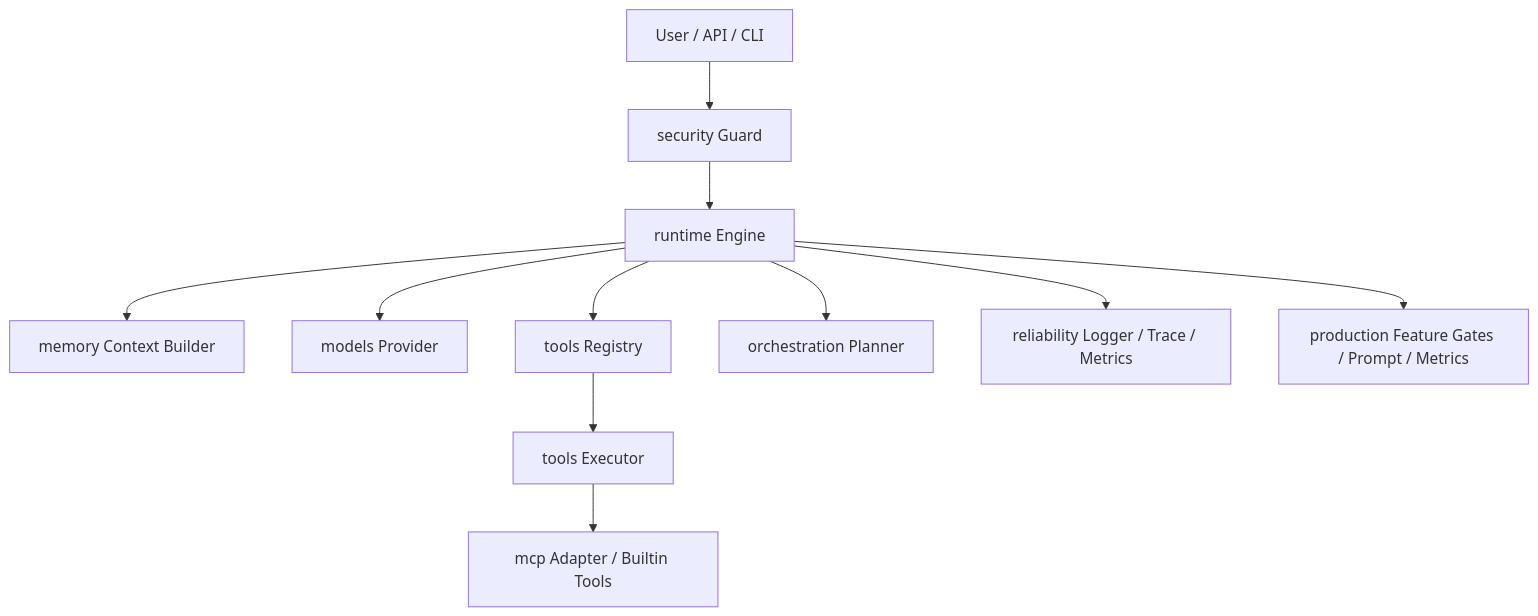
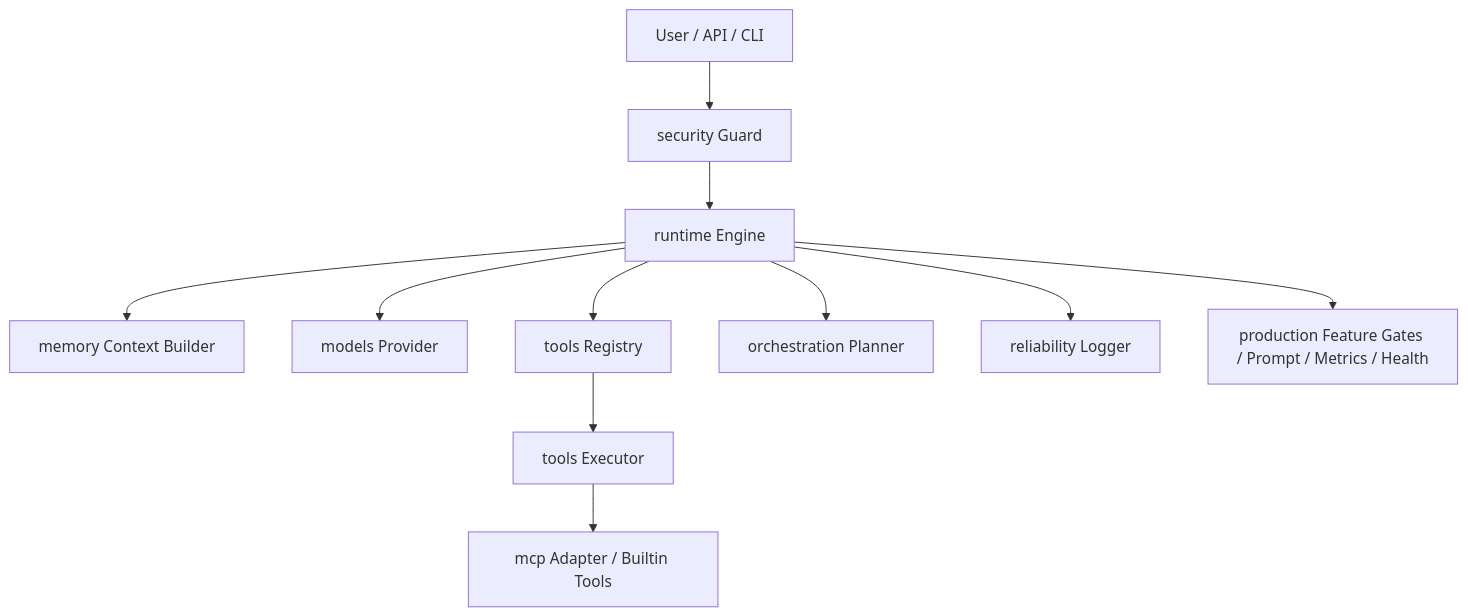
One commit to zxt6991-source/mini-harness changed the diagram in MiniHarness_TS_技术方案.md. Above: the diagram before and after it, drawn with Mermaid. The commit also changed other lines of this file and 15 other files, not shown here.

````diff
--- a/MiniHarness_TS_技术方案.md
+++ b/MiniHarness_TS_技术方案.md
@@ -56,13 +56,13 @@
 ```mermaid
 flowchart TD
     A[User / API / CLI] --> B[security Guard]
     B --> C[runtime Engine]
     C --> D[memory Context Builder]
     C --> E[models Provider]
     C --> F[tools Registry]
     F --> G[tools Executor]
     G --> H[mcp Adapter / Builtin Tools]
     C --> I[orchestration Planner]
-    C --> J[reliability Logger / Trace / Metrics]
-    C --> K[production Feature Gates / Prompt / Metrics]
+    C --> J[reliability Logger]
+    C --> K[production Feature Gates / Prompt / Metrics / Health]
 ```
````
